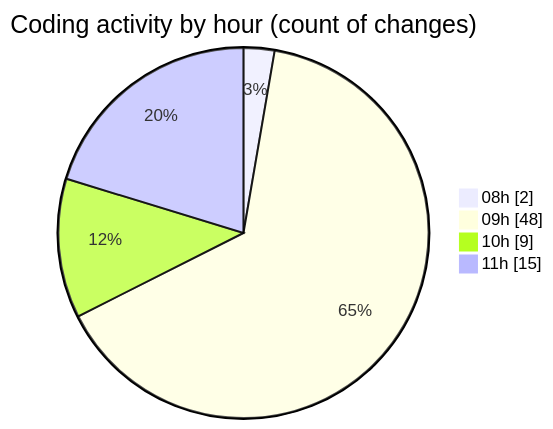
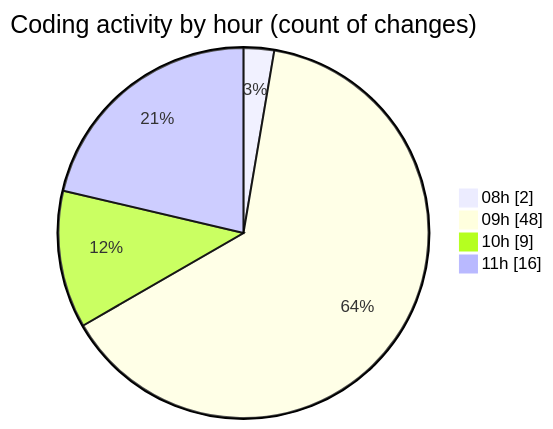
One commit to momahboobian/code-tracking changed the second of 2 diagrams in 2026-06-10/cda/README.md. Above: the diagram before and after it, drawn with Mermaid. The commit also changed other lines of this file and 1 other file, not shown here.

````diff
--- a/2026-06-10/cda/README.md
+++ b/2026-06-10/cda/README.md
@@ -69,8 +70,8 @@
 ```mermaid
 pie showData
 title Coding activity by hour (count of changes)
 "08h" : 2
 "09h" : 48
 "10h" : 9
-"11h" : 15
+"11h" : 16
 ```
````
